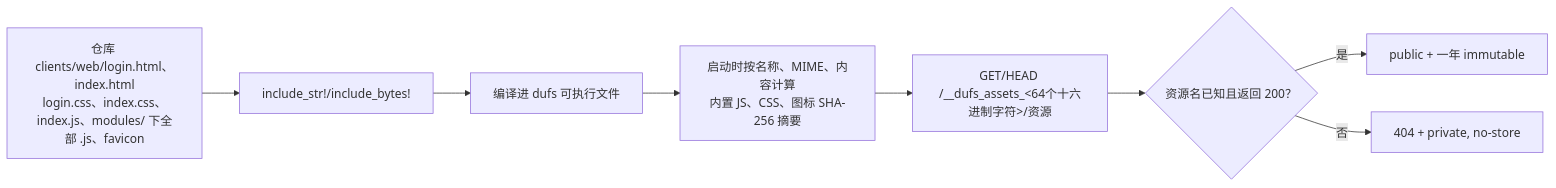
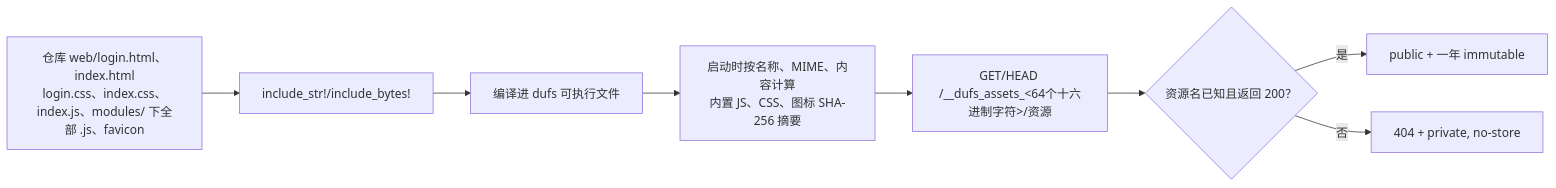
One commit to isarmg/dufs-ram-server changed the third of 17 diagrams in docs/project-workflow.md. Above: the diagram before and after it, drawn with Mermaid. The commit also changed other lines of this file and 71 other files, not shown here.

````diff
--- a/docs/project-workflow.md
+++ b/docs/project-workflow.md
@@ -133,10 +133,10 @@
 ```mermaid
 flowchart LR
-    SOURCE["仓库 clients/web/login.html、index.html<br/>login.css、index.css、index.js、modules/ 下全部 .js、favicon"] --> COMPILE["include_str!/include_bytes!"]
+    SOURCE["仓库 web/login.html、index.html<br/>login.css、index.css、index.js、modules/ 下全部 .js、favicon"] --> COMPILE["include_str!/include_bytes!"]
     COMPILE --> BINARY["编译进 dufs 可执行文件"]
     BINARY --> HASH["启动时按名称、MIME、内容计算<br/>内置 JS、CSS、图标 SHA-256 摘要"]
     HASH --> URL["GET/HEAD /__dufs_assets_&lt;64个十六进制字符&gt;/资源"]
     URL --> KNOWN{"资源名已知且返回 200？"}
     KNOWN -- 是 --> CACHE["public + 一年 immutable"]
     KNOWN -- 否 --> MISS["404 + private, no-store"]
 ```
````
